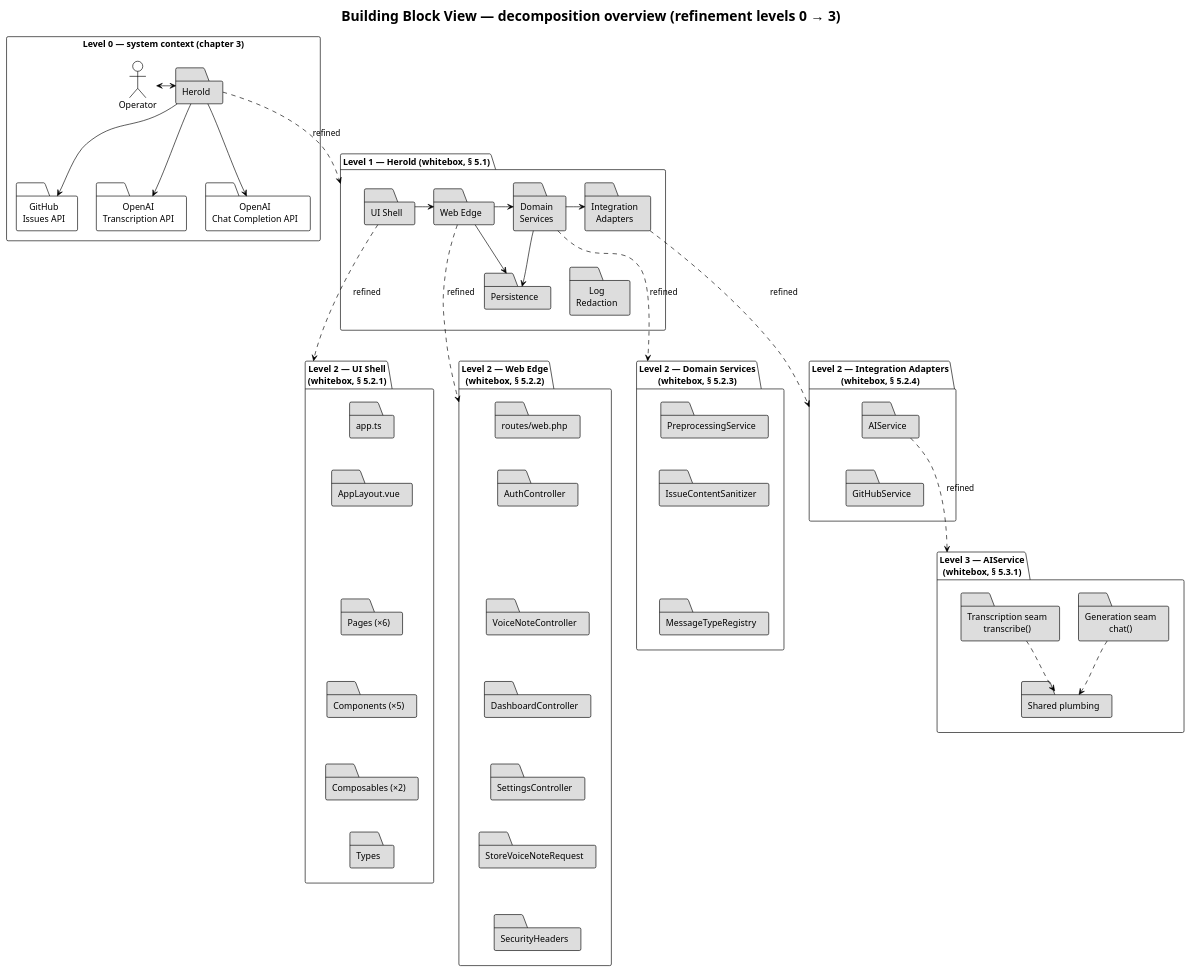
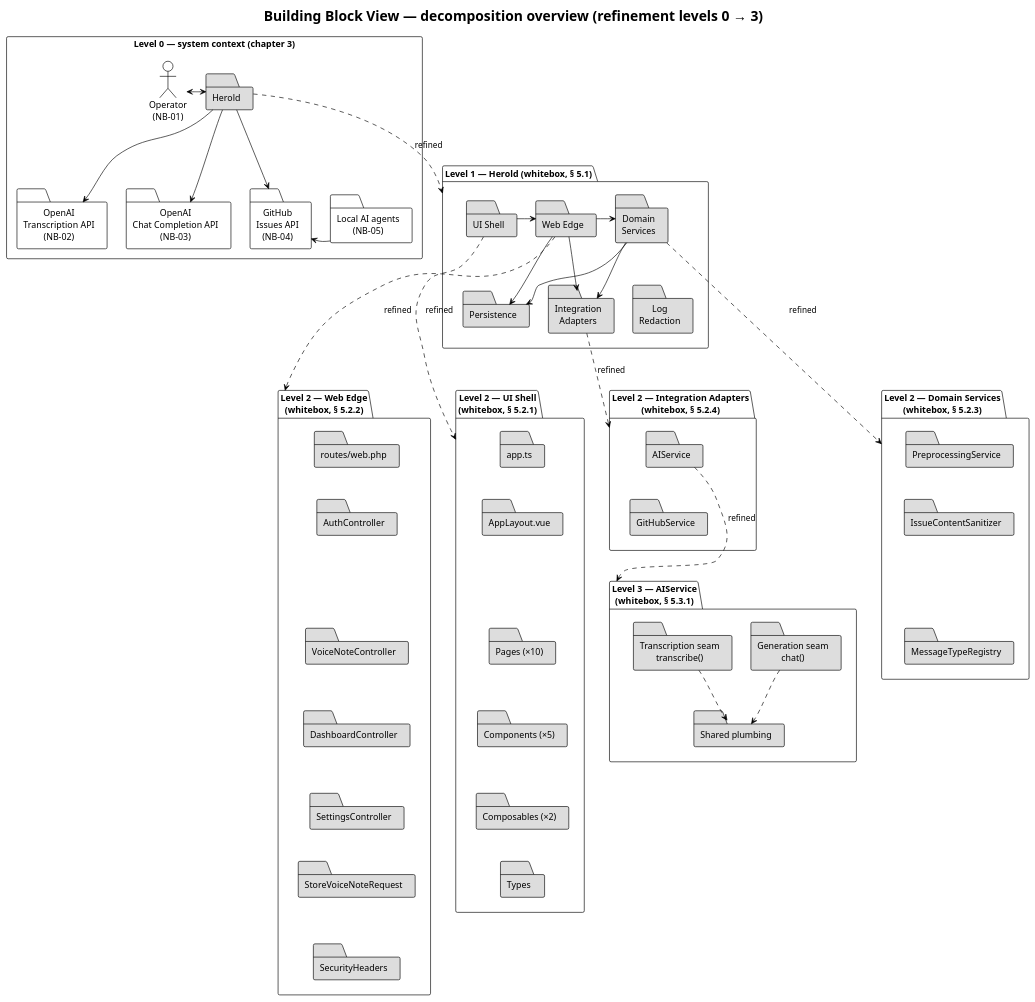
One commit to carstenlucke/herold changed the diagram in docs/arch/diagrams/a05-decomposition-overview.plantuml. Above: the diagram before and after it, drawn with PlantUML. The commit also changed 8 other files, not shown here.

First line of the commit message:
docs(arch): align building-block diagrams across refinement levels

```diff
--- a/docs/arch/diagrams/a05-decomposition-overview.plantuml
+++ b/docs/arch/diagrams/a05-decomposition-overview.plantuml
@@ -1,122 +1,126 @@
 @startuml a05-decomposition-overview
 !theme plain
 skinparam defaultTextAlignment center
 skinparam ranksep 50
 skinparam nodesep 30
 
 title Building Block View — decomposition overview (refinement levels 0 → 3)
 
 ' ---------- Level 0: context (blackbox Herold) ----------
 rectangle "Level 0 — system context (chapter 3)" as L0 {
-  actor "Operator" as op
+  actor "Operator\n(NB-01)" as op
   folder "Herold" as sys0 #DDDDDD
-  folder "OpenAI\nTranscription API" as nb02
-  folder "OpenAI\nChat Completion API" as nb03
-  folder "GitHub\nIssues API" as nb04
+  folder "OpenAI\nTranscription API\n(NB-02)" as nb02
+  folder "OpenAI\nChat Completion API\n(NB-03)" as nb03
+  folder "GitHub\nIssues API\n(NB-04)" as nb04
+  folder "Local AI agents\n(NB-05)" as nb05
 
   op <-r-> sys0
   sys0 --> nb02
   sys0 --> nb03
   sys0 --> nb04
+  nb05 -l-> nb04
   nb02 -[hidden]r-> nb03
   nb03 -[hidden]r-> nb04
+  nb04 -[hidden]r-> nb05
 }
 
 ' ---------- Level 1: whitebox Herold ----------
 package "Level 1 — Herold (whitebox, § 5.1)" as L1 {
   folder "UI Shell" as ui1 #DDDDDD
   folder "Web Edge" as edge1 #DDDDDD
   folder "Domain\nServices" as dom1 #DDDDDD
   folder "Integration\nAdapters" as ad1 #DDDDDD
   folder "Persistence" as per1 #DDDDDD
   folder "Log\nRedaction" as log1 #DDDDDD
 
   ui1 -r-> edge1
   edge1 -r-> dom1
   dom1 -r-> ad1
+  edge1 --> ad1
   edge1 -d-> per1
   dom1 -d-> per1
   per1 -[hidden]r-> log1
 }
 
 sys0 -[dashed]d-> L1 : refined
 
 ' ---------- Level 2: one whitebox per opened level-1 blackbox ----------
 package "Level 2 — UI Shell\n(whitebox, § 5.2.1)" as L2ui {
   folder "app.ts" as f_app #DDDDDD
   folder "AppLayout.vue" as f_layout #DDDDDD
-  folder "Pages (×6)" as f_pages #DDDDDD
+  folder "Pages (×10)" as f_pages #DDDDDD
   folder "Components (×5)" as f_comp #DDDDDD
   folder "Composables (×2)" as f_compo #DDDDDD
   folder "Types" as f_types #DDDDDD
 
   f_app -[hidden]d-> f_layout
   f_layout -[hidden]d-> f_pages
   f_pages -[hidden]d-> f_comp
   f_comp -[hidden]d-> f_compo
   f_compo -[hidden]d-> f_types
 }
 
 package "Level 2 — Web Edge\n(whitebox, § 5.2.2)" as L2edge {
   folder "routes/web.php" as f_routes #DDDDDD
   folder "AuthController" as f_auth #DDDDDD
   folder "VoiceNoteController" as f_vnc #DDDDDD
   folder "DashboardController" as f_dash #DDDDDD
   folder "SettingsController" as f_set #DDDDDD
   folder "StoreVoiceNoteRequest" as f_svr #DDDDDD
   folder "SecurityHeaders" as f_sech #DDDDDD
 
   f_routes -[hidden]d-> f_auth
   f_auth -[hidden]d-> f_vnc
   f_vnc -[hidden]d-> f_dash
   f_dash -[hidden]d-> f_set
   f_set -[hidden]d-> f_svr
   f_svr -[hidden]d-> f_sech
 }
 
 package "Level 2 — Domain Services\n(whitebox, § 5.2.3)" as L2dom {
   folder "PreprocessingService" as f_prep #DDDDDD
   folder "IssueContentSanitizer" as f_sani #DDDDDD
   folder "MessageTypeRegistry" as f_reg #DDDDDD
 
   f_prep -[hidden]d-> f_sani
   f_sani -[hidden]d-> f_reg
 }
 
 package "Level 2 — Integration Adapters\n(whitebox, § 5.2.4)" as L2ad {
   folder "AIService" as f_ai #DDDDDD
   folder "GitHubService" as f_gh #DDDDDD
 
   f_ai -[hidden]d-> f_gh
 }
 
 ' keep the four level-2 whiteboxes in one horizontal band,
 ' fully below the level-1 whitebox
 L2ui -[hidden]r-> L2edge
 L2edge -[hidden]r-> L2dom
 L2dom -[hidden]r-> L2ad
 per1 -[hidden]d-> L2ui
 per1 -[hidden]d-> L2edge
 log1 -[hidden]d-> L2dom
 log1 -[hidden]d-> L2ad
 
 ui1 -[dashed]d-> L2ui : refined
 edge1 -[dashed]d-> L2edge : refined
 dom1 -[dashed]d-> L2dom : refined
 ad1 -[dashed]d-> L2ad : refined
 
 ' ---------- Level 3: the AI seams ----------
 package "Level 3 — AIService\n(whitebox, § 5.3.1)" as L3 {
   folder "Transcription seam\ntranscribe()" as f_tseam #DDDDDD
   folder "Generation seam\nchat()" as f_gseam #DDDDDD
   folder "Shared plumbing" as f_shared #DDDDDD
 
   f_tseam -[hidden]r-> f_gseam
   f_tseam -[dashed]d-> f_shared
   f_gseam -[dashed]d-> f_shared
 }
 
 f_gh -[hidden]d-> L3
 f_ai -[dashed]d-> L3 : refined
 
 @enduml
```
